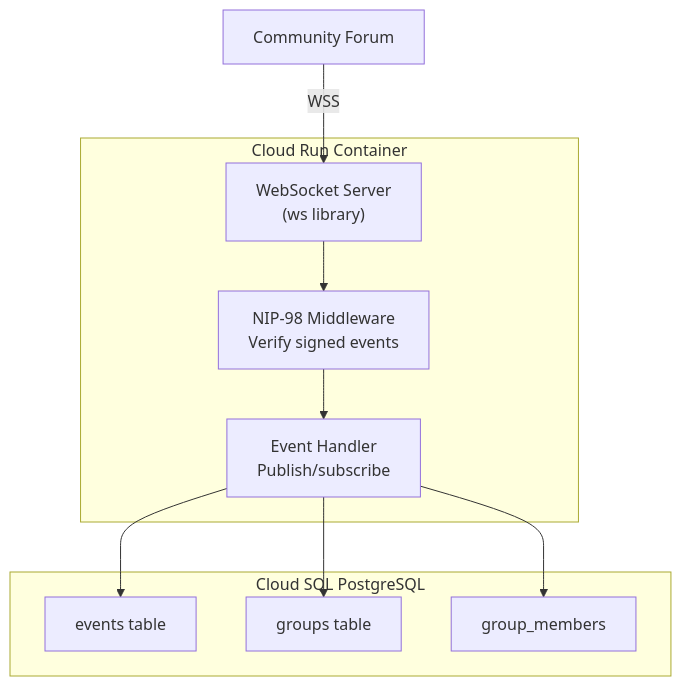
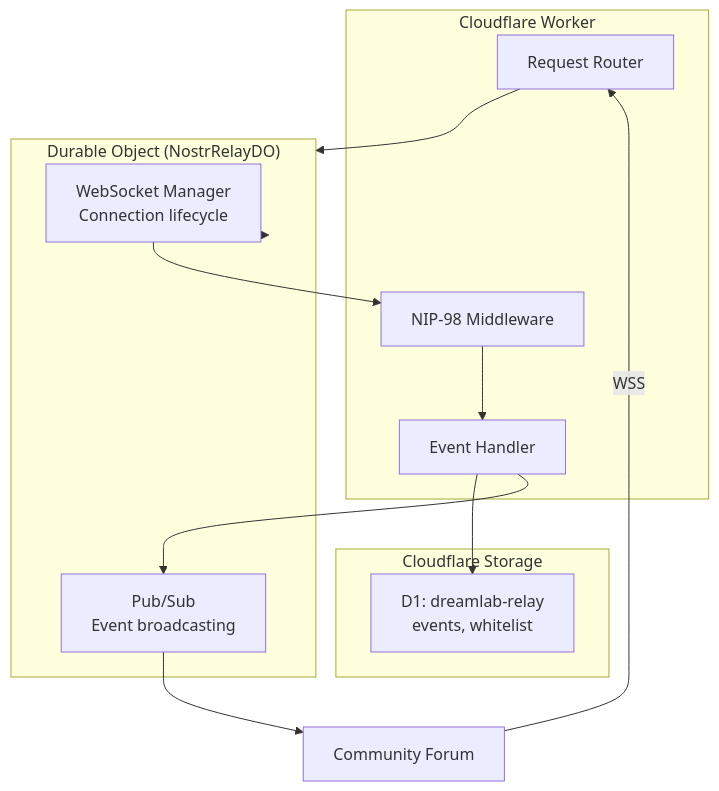
Before and after one commit to DreamLab-AI/dreamlab-ai-website: the second of 2 diagrams in docs/architecture/BACKEND_SERVICES.md, drawn with Mermaid. The commit also changed other lines of this file and 36 other files, not shown here.

First line of the commit message:
Update 37 docs files: remove GCP references, reflect Cloudflare Workers architecture

````diff
--- a/docs/architecture/BACKEND_SERVICES.md
+++ b/docs/architecture/BACKEND_SERVICES.md
@@ -388,21 +285,26 @@
 ```mermaid
 graph TB
-    subgraph CloudRun["Cloud Run Container"]
-        WSServer["WebSocket Server<br/>(ws library)"]
-        NIP98MW["NIP-98 Middleware<br/>Verify signed events"]
-        EventHandler["Event Handler<br/>Publish/subscribe"]
+    subgraph CFWorker["Cloudflare Worker"]
+        Router["Request Router"]
+        NIP98MW["NIP-98 Middleware"]
+        EventHandler["Event Handler"]
     end
 
-    subgraph Database["Cloud SQL PostgreSQL"]
-        Events["events table"]
-        Groups["groups table"]
-        Members["group_members"]
+    subgraph DO["Durable Object (NostrRelayDO)"]
+        WSServer["WebSocket Manager<br/>Connection lifecycle"]
+        PubSub["Pub/Sub<br/>Event broadcasting"]
     end
 
-    Client["Community Forum"] -->|WSS| WSServer
+    subgraph Storage["Cloudflare Storage"]
+        D1DB["D1: dreamlab-relay<br/>events, whitelist"]
+    end
+
+    Client["Community Forum"] -->|WSS| Router
+    Router --> DO
+    DO --> WSServer
     WSServer --> NIP98MW
     NIP98MW --> EventHandler
-    EventHandler --> Events
-    EventHandler --> Groups
-    EventHandler --> Members
+    EventHandler --> D1DB
+    EventHandler --> PubSub
+    PubSub --> Client
 ```
````
